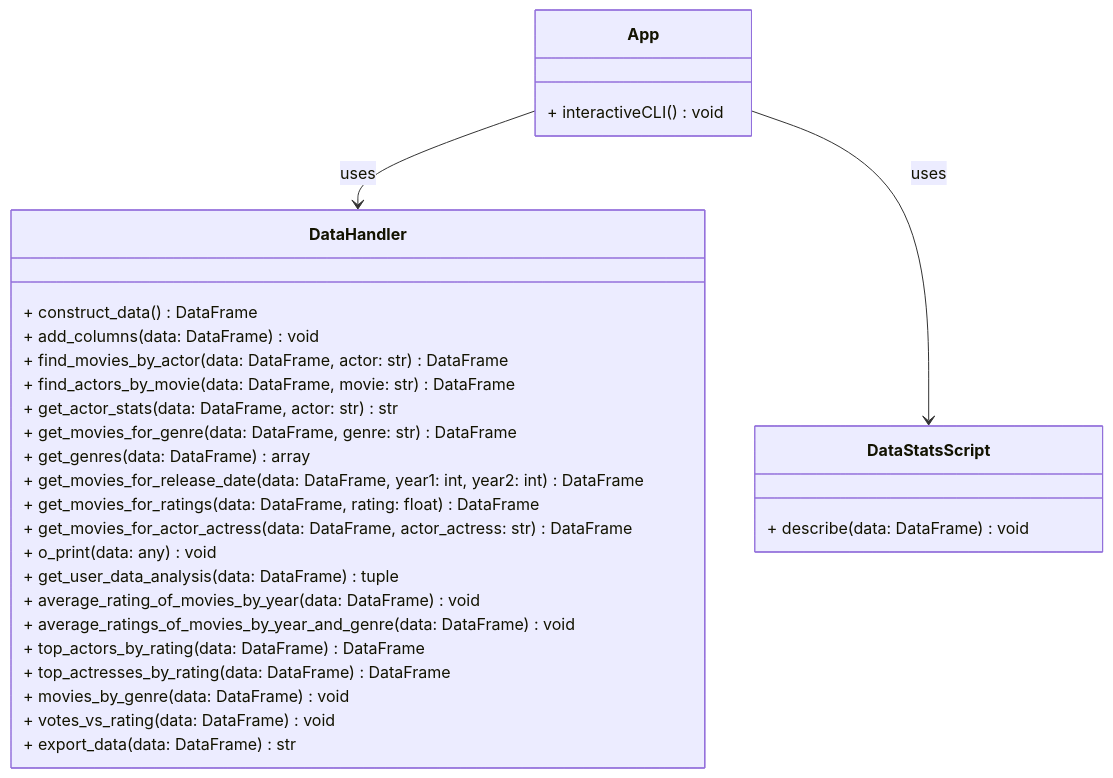
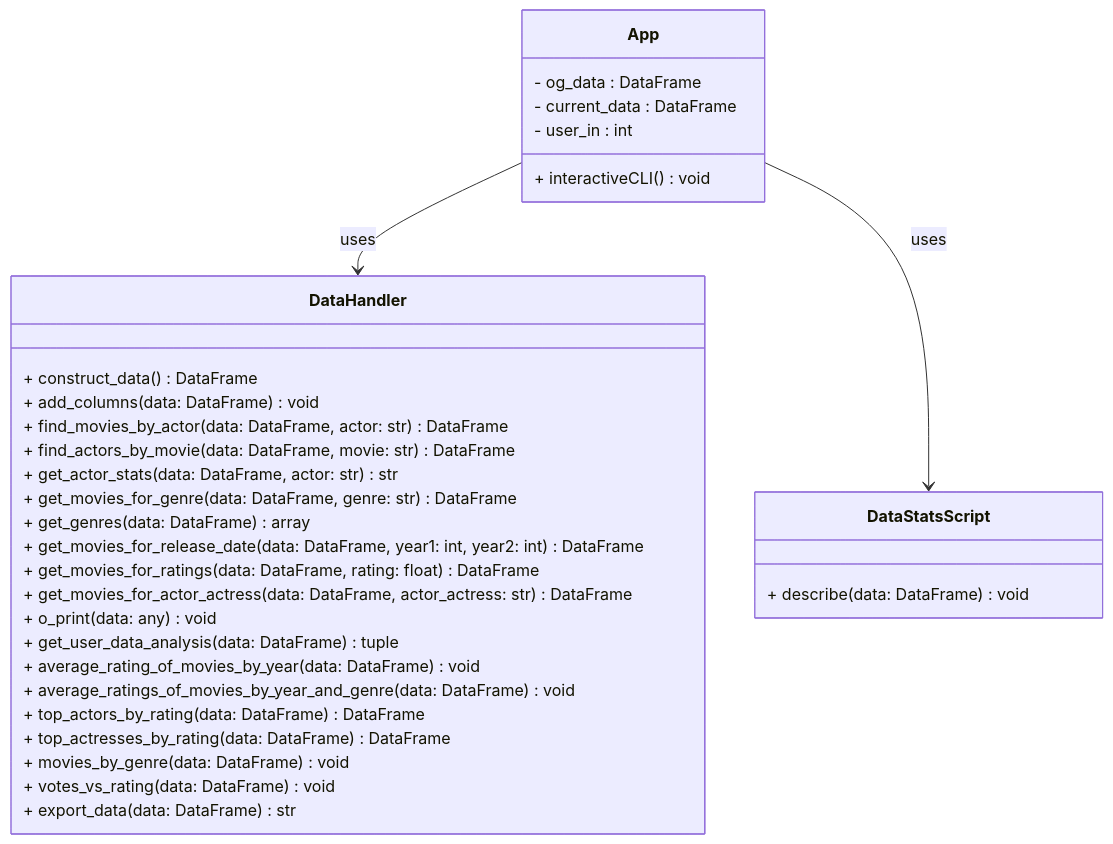
Before and after one commit to barrettsapunjis/ENSF692-Project: the diagram in README.md, drawn with Mermaid.

````diff
--- a/README.md
+++ b/README.md
@@ -32,35 +32,38 @@
 ```mermaid graph TD
 classDiagram
     class App {
+        - og_data : DataFrame
+        - current_data : DataFrame
+        - user_in : int
         + interactiveCLI() void
     }
     
     class DataHandler {
         + construct_data() DataFrame
         + add_columns(data: DataFrame) void
         + find_movies_by_actor(data: DataFrame, actor: str) DataFrame
         + find_actors_by_movie(data: DataFrame, movie: str) DataFrame
         + get_actor_stats(data: DataFrame, actor: str) str
         + get_movies_for_genre(data: DataFrame, genre: str) DataFrame
         + get_genres(data: DataFrame) array
         + get_movies_for_release_date(data: DataFrame, year1: int, year2: int) DataFrame
         + get_movies_for_ratings(data: DataFrame, rating: float) DataFrame
         + get_movies_for_actor_actress(data: DataFrame, actor_actress: str) DataFrame
         + o_print(data: any) void
         + get_user_data_analysis(data: DataFrame) tuple
         + average_rating_of_movies_by_year(data: DataFrame) void
         + average_ratings_of_movies_by_year_and_genre(data: DataFrame) void
         + top_actors_by_rating(data: DataFrame) DataFrame
         + top_actresses_by_rating(data: DataFrame) DataFrame
         + movies_by_genre(data: DataFrame) void
         + votes_vs_rating(data: DataFrame) void
         + export_data(data: DataFrame) str
     }
     
     class DataStatsScript {
         + describe(data: DataFrame) void
     }
     
     App --> DataHandler : uses
     App --> DataStatsScript : uses
 ```
````
